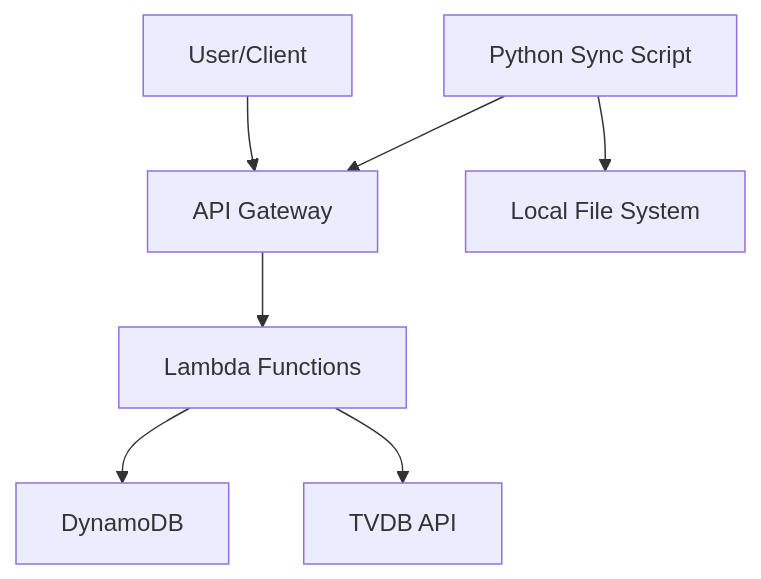
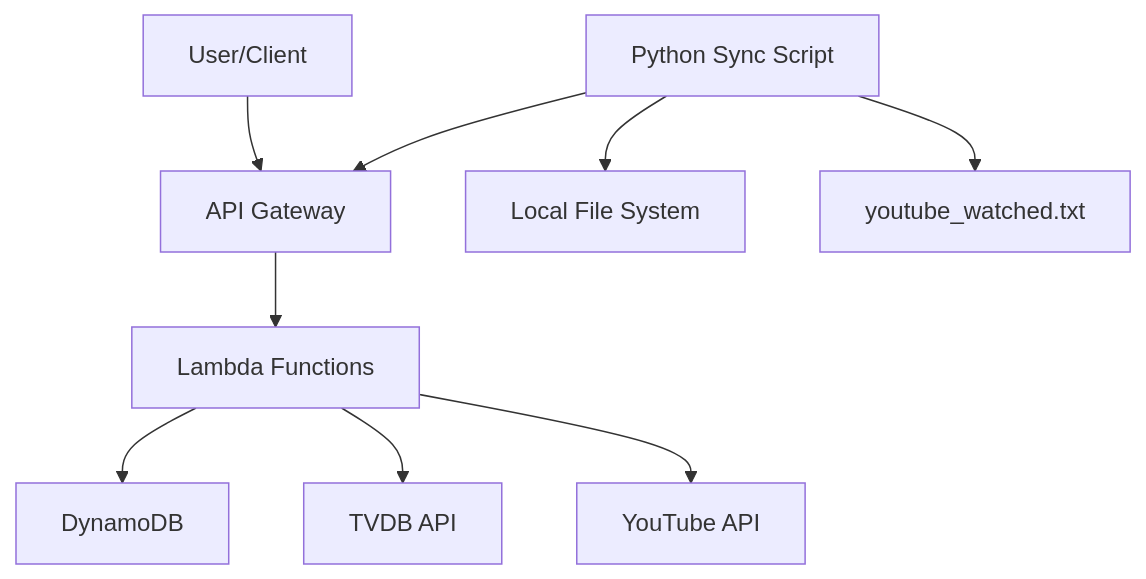
Before and after one commit to jordansimsmith/jordansimsmith-com: the diagram in immersion_tracker_api/README.md, drawn with Mermaid. The commit also changed other lines of this file and 20 other files, not shown here.

````diff
--- a/immersion_tracker_api/README.md
+++ b/immersion_tracker_api/README.md
@@ -7,9 +7,11 @@
 ```mermaid
 graph TD
   A[User/Client] --> B[API Gateway]
   B --> C[Lambda Functions]
   C --> D[DynamoDB]
   C --> E[TVDB API]
+  C --> H[YouTube API]
   F[Python Sync Script] --> G[Local File System]
+  F --> I[youtube_watched.txt]
   F --> B
 ```
````
